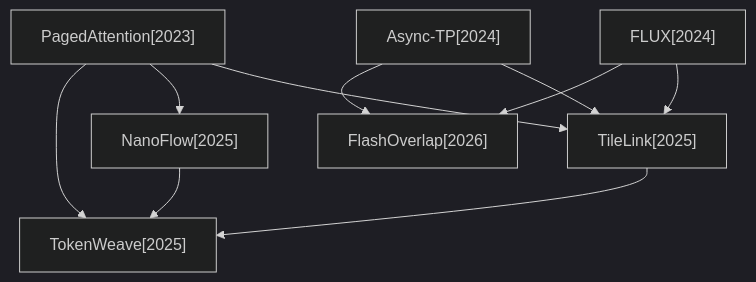
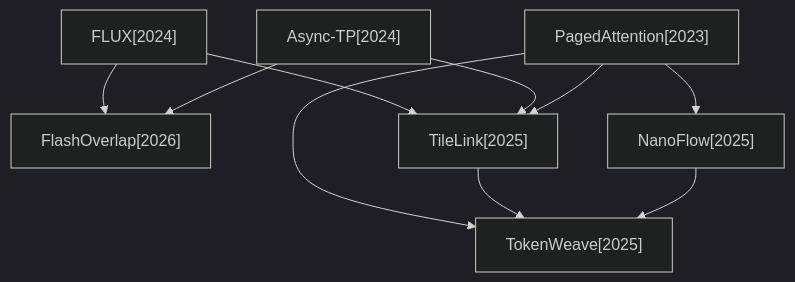
The first of 4 diagrams in docs/baseline_methods_graph.md (hustzxd/EfficientPaper), drawn with Mermaid (dark theme) before and after one commit. The commit also changed other lines of this file and 2 other files, not shown here.

````diff
--- a/docs/baseline_methods_graph.md
+++ b/docs/baseline_methods_graph.md
@@ -7,19 +7,19 @@
 ```mermaid
 flowchart TD
+    2024_FLUX["FLUX[2024]"]
+    2026_FlashOverlap["FlashOverlap[2026]"]
+    2025_TokenWeave["TokenWeave[2025]"]
+    2024_Async_TP["Async-TP[2024]"]
+    2023_PagedAttention["PagedAttention[2023]"]
     2025_TileLink["TileLink[2025]"]
-    2024_FLUX["FLUX[2024]"]
-    2025_TokenWeave["TokenWeave[2025]"]
-    2023_PagedAttention["PagedAttention[2023]"]
     2025_NanoFlow["NanoFlow[2025]"]
-    2024_Async_TP["Async-TP[2024]"]
-    2026_FlashOverlap["FlashOverlap[2026]"]
-    2025_TileLink --> 2025_TokenWeave
     2024_FLUX --> 2025_TileLink
     2024_FLUX --> 2026_FlashOverlap
+    2024_Async_TP --> 2025_TileLink
+    2024_Async_TP --> 2026_FlashOverlap
     2023_PagedAttention --> 2025_TileLink
     2023_PagedAttention --> 2025_NanoFlow
     2023_PagedAttention --> 2025_TokenWeave
+    2025_TileLink --> 2025_TokenWeave
     2025_NanoFlow --> 2025_TokenWeave
-    2024_Async_TP --> 2025_TileLink
-    2024_Async_TP --> 2026_FlashOverlap
 ```
````
